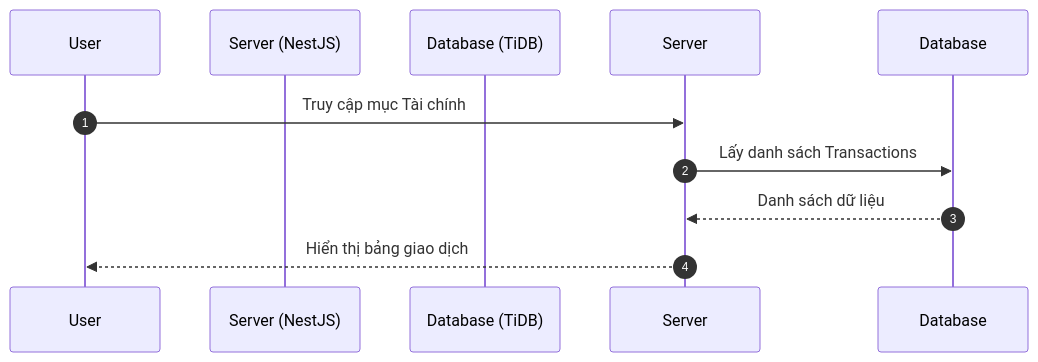
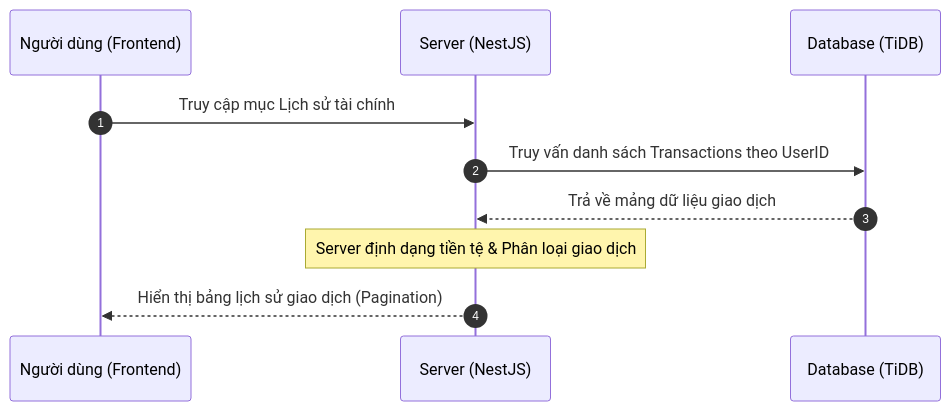
Before and after one commit to Loisori/SCI-ITF-Canhan42_TrinhSuTruongThi: the tenth of 25 diagrams in doc.md, drawn with Mermaid. The commit also changed other lines of this file and 1 other file, not shown here.

````diff
--- a/doc.md
+++ b/doc.md
@@ -1224,12 +1283,13 @@
 ```mermaid
 sequenceDiagram
     autonumber
-    participant U as User
+    participant U as Người dùng (Frontend)
     participant S as Server (NestJS)
     participant D as Database (TiDB)
 
-    U->>Server: Truy cập mục Tài chính
-    Server->>Database: Lấy danh sách Transactions
-    Database-->>Server: Danh sách dữ liệu
-    Server-->>U: Hiển thị bảng giao dịch
+    U->>S: Truy cập mục Lịch sử tài chính
+    S->>D: Truy vấn danh sách Transactions theo UserID
+    D-->>S: Trả về mảng dữ liệu giao dịch
+    Note over S: Server định dạng tiền tệ & Phân loại giao dịch
+    S-->>U: Hiển thị bảng lịch sử giao dịch (Pagination)
 ```
````
